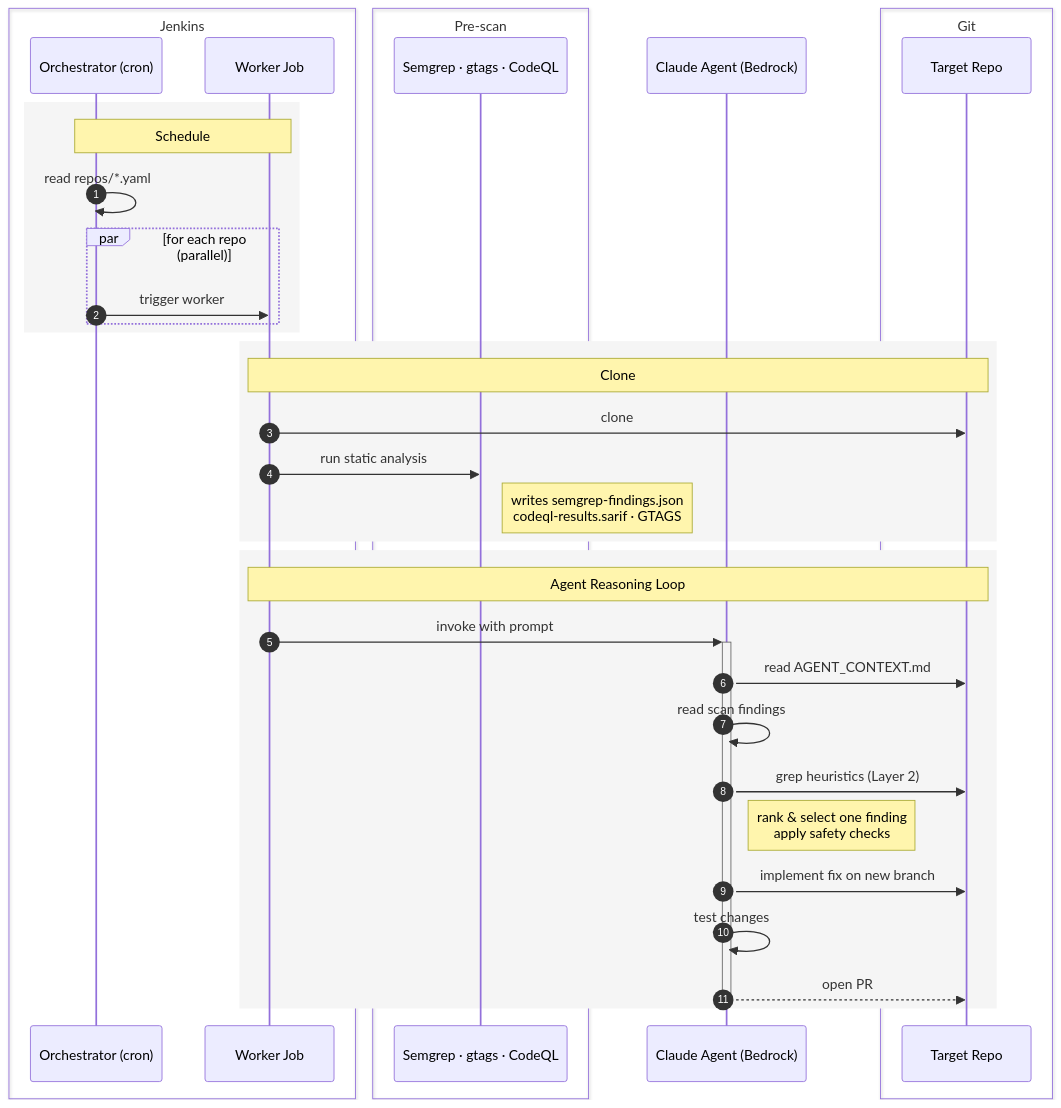
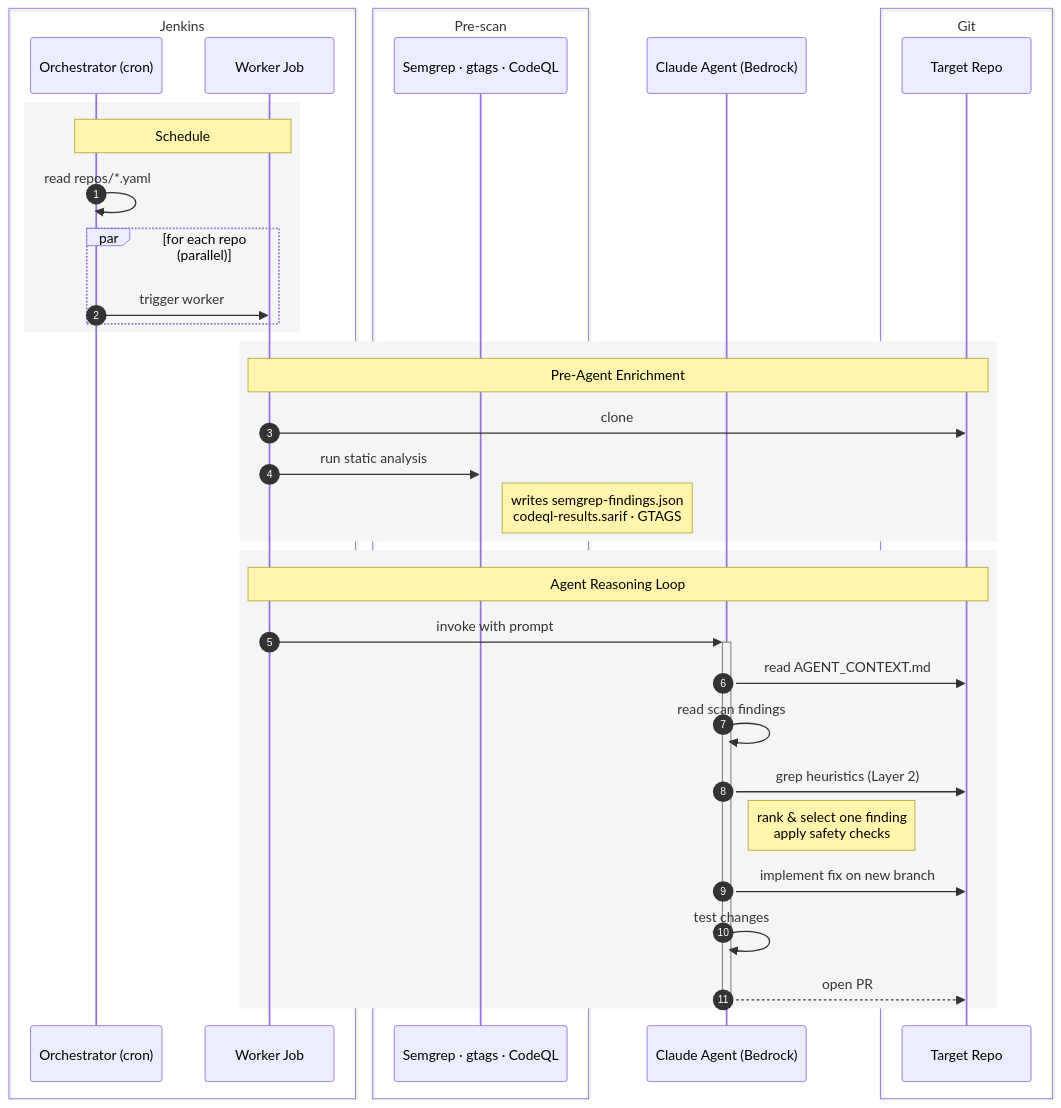
One commit to ericlu28/ericlu28.github.io changed the diagram in _posts/2026-04-24-gardener.md. Above: the diagram before and after it, drawn with Mermaid. The commit also changed 1 other file, not shown here.

Commit message:
Jekyll render

```diff
--- a/_posts/2026-04-24-gardener.md
+++ b/_posts/2026-04-24-gardener.md
@@ -41,43 +41,43 @@
 <div class="mermaid">
 sequenceDiagram
     autonumber
 
     box Jenkins
         participant orch as Orchestrator (cron)
         participant worker as Worker Job
     end
     box Pre-scan
         participant prescan as Semgrep · gtags · CodeQL
     end
     participant claude as Claude Agent (Bedrock)
     box Git
         participant repo as Target Repo
     end
 
     rect rgb(245, 245, 245)
         note over orch,worker: Schedule
         orch->>orch: read repos/*.yaml
         par for each repo (parallel)
             orch->>worker: trigger worker
         end
     end
 
     rect rgb(245, 245, 245)
-        note over worker,repo: Clone
+        note over worker,repo: Pre-Agent Enrichment
         worker->>repo: clone
         worker->>prescan: run static analysis
         note right of prescan: writes semgrep-findings.json<br/>codeql-results.sarif · GTAGS
     end
 
     rect rgb(245, 245, 245)
         note over worker,repo: Agent Reasoning Loop
         worker->>+claude: invoke with prompt
         claude->>repo: read AGENT_CONTEXT.md
         claude->>claude: read scan findings
         claude->>repo: grep heuristics (Layer 2)
         note right of claude: rank & select one finding<br/>apply safety checks
         claude->>repo: implement fix on new branch
         claude->>claude: test changes
         claude-->>-repo: open PR
     end
 </div>
```
